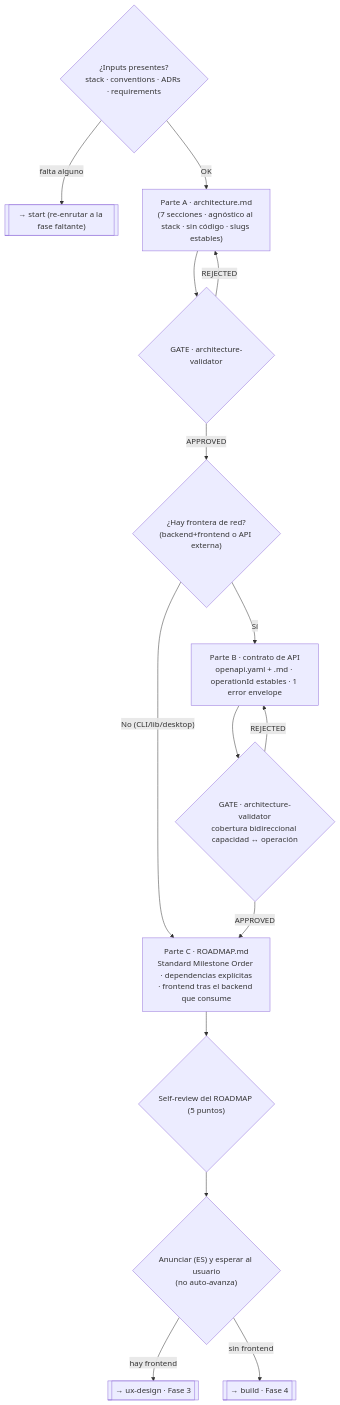
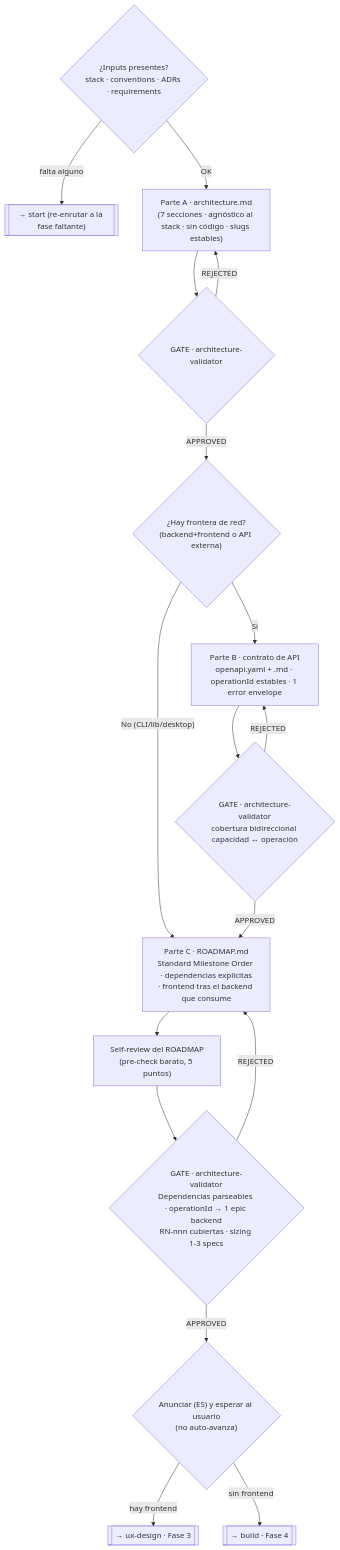
One commit to FerEscobarDev/Specture changed the tenth of 19 diagrams in docs/execution-flows.md. Above: the diagram before and after it, drawn with Mermaid. The commit also changed 4 other files, not shown here.

````diff
--- a/docs/execution-flows.md
+++ b/docs/execution-flows.md
@@ -294,18 +294,20 @@
 ```mermaid
 flowchart TD
     I{"¿Inputs presentes?<br/>stack · conventions · ADRs · requirements"}
     I -->|"falta alguno"| RB[["→ start (re-enrutar a la fase faltante)"]]
     I -->|"OK"| A["Parte A · architecture.md<br/>(7 secciones · agnóstico al stack · sin código · slugs estables)"]
     A --> GA{"GATE · architecture-validator"}
     GA -->|REJECTED| A
     GA -->|APPROVED| BW{"¿Hay frontera de red?<br/>(backend+frontend o API externa)"}
     BW -->|"No (CLI/lib/desktop)"| Croad
     BW -->|Sí| Bc["Parte B · contrato de API<br/>openapi.yaml + .md · operationId estables · 1 error envelope"]
     Bc --> GB{"GATE · architecture-validator<br/>cobertura bidireccional capacidad ↔ operación"}
     GB -->|REJECTED| Bc
     GB -->|APPROVED| Croad["Parte C · ROADMAP.md<br/>Standard Milestone Order · dependencias explícitas<br/>· frontend tras el backend que consume"]
-    Croad --> SR{"Self-review del ROADMAP (5 puntos)"}
-    SR --> W{"Anunciar (ES) y esperar al usuario<br/>(no auto-avanza)"}
+    Croad --> SR["Self-review del ROADMAP<br/>(pre-check barato, 5 puntos)"]
+    SR --> GC{"GATE · architecture-validator<br/>Dependencias parseables · operationId → 1 epic backend<br/>RN-nnn cubiertas · sizing 1-3 specs"}
+    GC -->|REJECTED| Croad
+    GC -->|APPROVED| W{"Anunciar (ES) y esperar al usuario<br/>(no auto-avanza)"}
     W -->|"hay frontend"| UX[["→ ux-design · Fase 3"]]
     W -->|"sin frontend"| BLD[["→ build · Fase 4"]]
 ```
````
